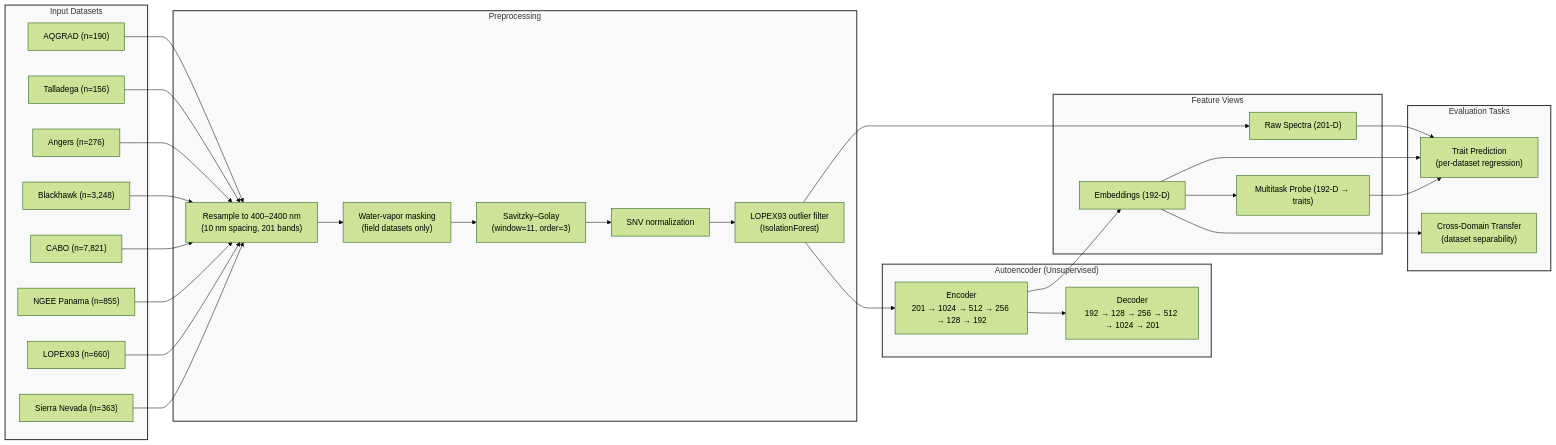
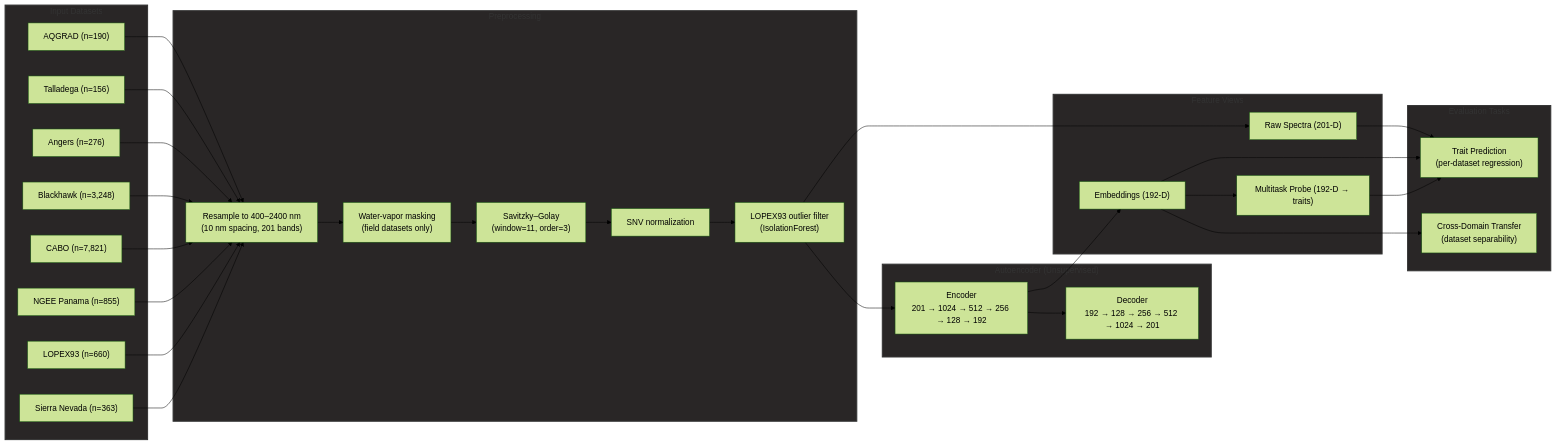
One commit to vamazing/Leaf2Traits changed the first of 2 diagrams in README.md. Above: the diagram before and after it, drawn with Mermaid (forest theme).

Commit message:
Change styles in README diagram to darker colors

````diff
--- a/README.md
+++ b/README.md
@@ -8,73 +8,73 @@
 ```mermaid
 flowchart LR
     subgraph Input["Input Datasets"]
         A1["AQGRAD (n=190)"]
         A2["Talladega (n=156)"]
         A3["Angers (n=276)"]
         A4["Blackhawk (n=3,248)"]
         A5["CABO (n=7,821)"]
         A6["NGEE Panama (n=855)"]
         A7["LOPEX93 (n=660)"]
         A8["Sierra Nevada (n=363)"]
     end
 
     subgraph Preprocessing["Preprocessing"]
         B1["Resample to 400–2400 nm\n(10 nm spacing, 201 bands)"]
         B2["Water-vapor masking\n(field datasets only)"]
         B3["Savitzky–Golay\n(window=11, order=3)"]
         B4["SNV normalization"]
         B5["LOPEX93 outlier filter\n(IsolationForest)"]
     end
 
     subgraph AE["Autoencoder (Unsupervised)"]
         C1["Encoder\n201 → 1024 → 512 → 256 → 128 → 192"]
         C2["Decoder\n192 → 128 → 256 → 512 → 1024 → 201"]
     end
 
     subgraph Views["Feature Views"]
         D1["Raw Spectra (201-D)"]
         D2["Embeddings (192-D)"]
         D3["Multitask Probe (192-D → traits)"]
     end
 
     subgraph Evaluation["Evaluation Tasks"]
         E1["Trait Prediction\n(per-dataset regression)"]
         E2["Cross-Domain Transfer\n(dataset separability)"]
     end
 
     A1 & A2 & A3 & A4 & A5 & A6 & A7 & A8 --> B1
     B1 --> B2 --> B3 --> B4 --> B5
     B5 --> C1
     C1 --> C2
     C1 --> D2
     B5 --> D1
     D2 --> D3
     D1 & D2 & D3 --> E1
     D2 --> E2
 
-    style Input fill:#f9f9f9,stroke:#333,stroke-width:2px
-    style Preprocessing fill:#f9f9f9,stroke:#333,stroke-width:2px
-    style AE fill:#f9f9f9,stroke:#333,stroke-width:2px
-    style Views fill:#f9f9f9,stroke:#333,stroke-width:2px
-    style Evaluation fill:#f9f9f9,stroke:#333,stroke-width:2px
+    style Input fill:#292626,stroke:#333,stroke-width:2px
+    style Preprocessing fill:#292626,stroke:#333,stroke-width:2px
+    style AE fill:#292626,stroke:#333,stroke-width:2px
+    style Views fill:#292626,stroke:#333,stroke-width:2px
+    style Evaluation fill:#292626,stroke:#333,stroke-width:2px
     style A1 font-size:16px
     style A2 font-size:16px
     style A3 font-size:16px
     style A4 font-size:16px
     style A5 font-size:16px
     style A6 font-size:16px
     style A7 font-size:16px
     style A8 font-size:16px
     style B1 font-size:16px
     style B2 font-size:16px
     style B3 font-size:16px
     style B4 font-size:16px
     style B5 font-size:16px
     style C1 font-size:16px
     style C2 font-size:16px
     style D1 font-size:16px
     style D2 font-size:16px
     style D3 font-size:16px
     style E1 font-size:16px
     style E2 font-size:16px
 ```
````
